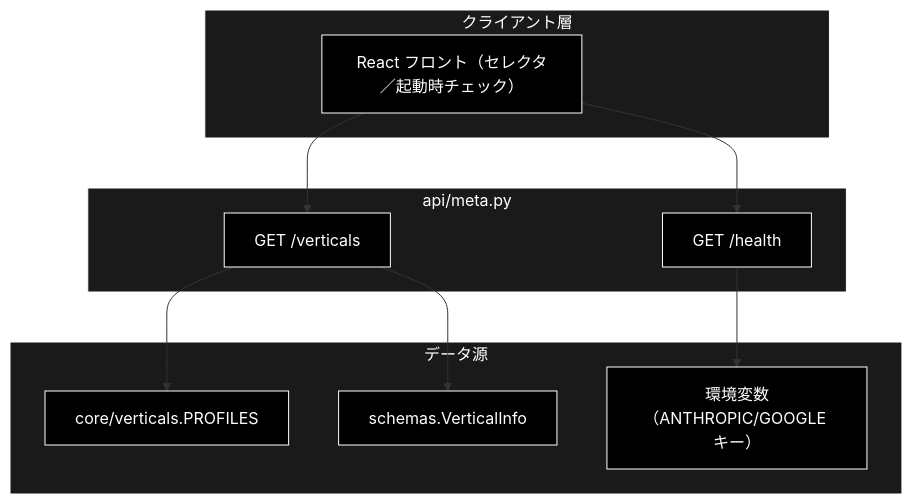
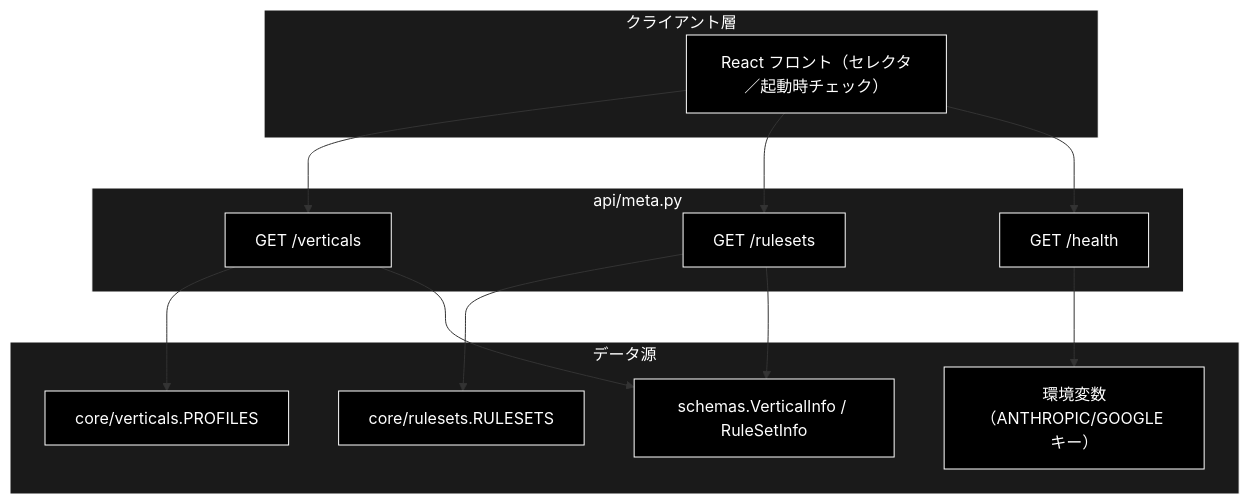
Before and after one commit to nakashima2toshio/grace_v2: the first of 3 diagrams in backend/docs/api_meta.md, drawn with Mermaid. The commit also changed other lines of this file and 9 other files, not shown here.

````diff
--- a/backend/docs/api_meta.md
+++ b/backend/docs/api_meta.md
@@ -58,29 +62,34 @@
 ```mermaid
 flowchart TB
     subgraph CLIENT["クライアント層"]
         FE["React フロント（セレクタ／起動時チェック）"]
     end
 
     subgraph MODULE["api/meta.py"]
         V["GET /verticals"]
+        R["GET /rulesets"]
         H["GET /health"]
     end
 
     subgraph SOURCE["データ源"]
         PROF["core/verticals.PROFILES"]
+        RULES["core/rulesets.RULESETS"]
         ENV["環境変数（ANTHROPIC/GOOGLE キー）"]
-        SCH["schemas.VerticalInfo"]
+        SCH["schemas.VerticalInfo / RuleSetInfo"]
     end
 
     FE --> V
+    FE --> R
     FE --> H
     V --> PROF
     V --> SCH
+    R --> RULES
+    R --> SCH
     H --> ENV
 classDef default fill:#000,stroke:#fff,color:#fff
 classDef subgraphStyle fill:#1a1a1a,stroke:#fff,color:#fff
-class FE,V,H,PROF,ENV,SCH default
+class FE,V,R,H,PROF,RULES,ENV,SCH default
 style CLIENT fill:#1a1a1a,stroke:#fff,color:#fff
 style MODULE fill:#1a1a1a,stroke:#fff,color:#fff
 style SOURCE fill:#1a1a1a,stroke:#fff,color:#fff
 ```
````
